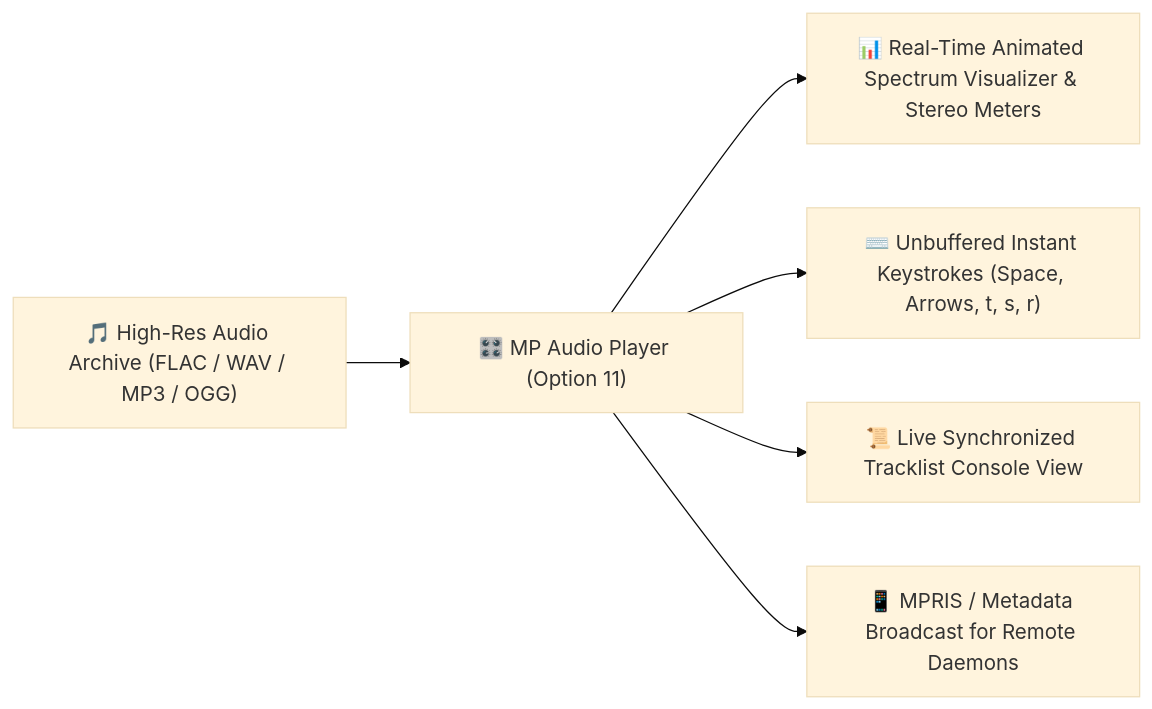
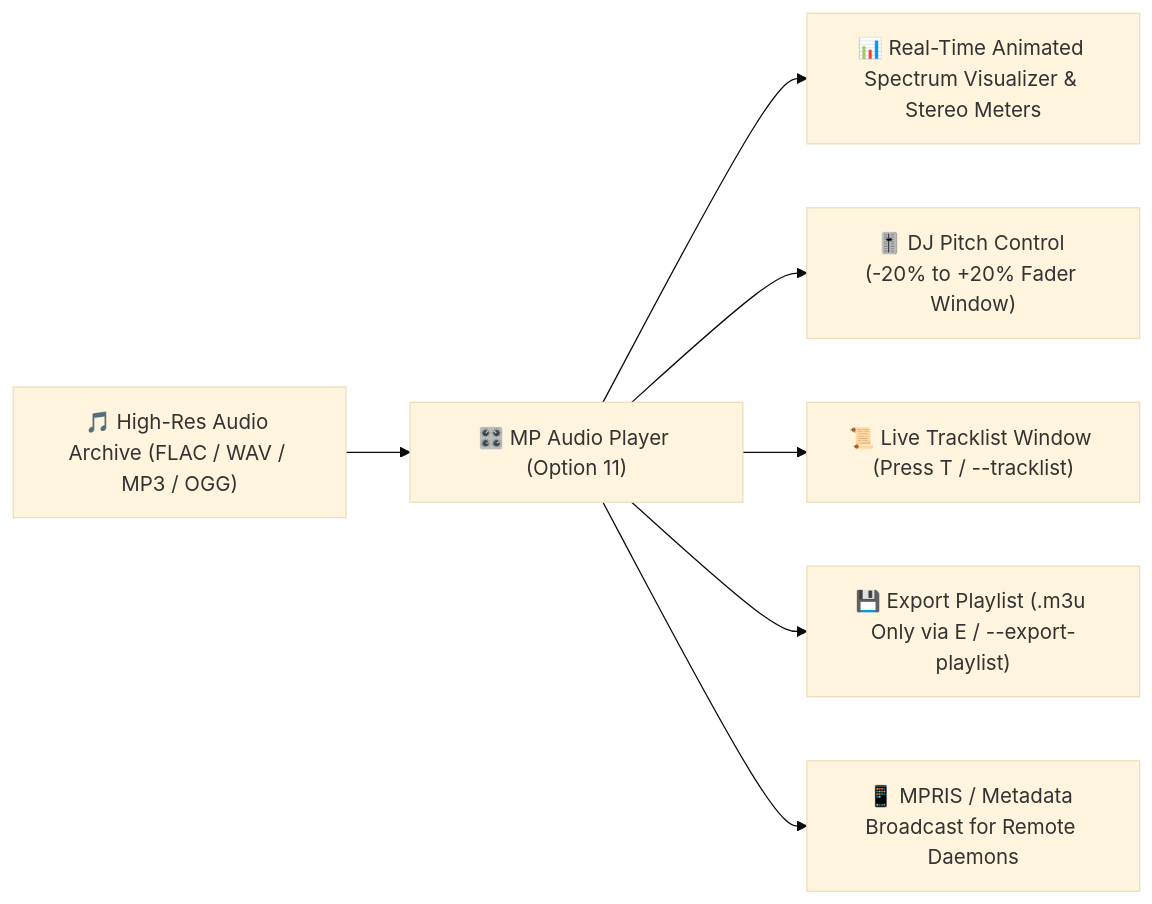
Before and after one commit to MPlanetarian/MP_Mix_Manager_v0.3: the second of 11 diagrams in README.md, drawn with Mermaid (base theme). The commit also changed other lines of this file and 2 other files, not shown here.

First line of the commit message:
feat(player): DREAMWORLDS ULTRA AUDIO MODE layout, tracklist viewer, and m3u playlist export

````diff
--- a/README.md
+++ b/README.md
@@ -98,8 +98,9 @@
 ```mermaid
 flowchart LR
     A["🎵 High-Res Audio Archive (FLAC / WAV / MP3 / OGG)"] --> B["🎛️ MP Audio Player (Option 11)"]
     B --> C["📊 Real-Time Animated Spectrum Visualizer & Stereo Meters"]
-    B --> D["⌨️ Unbuffered Instant Keystrokes (Space, Arrows, t, s, r)"]
-    B --> E["📜 Live Synchronized Tracklist Console View"]
-    B --> F["📱 MPRIS / Metadata Broadcast for Remote Daemons"]
+    B --> D["🎚️ DJ Pitch Control (-20% to +20% Fader Window)"]
+    B --> E["📜 Live Tracklist Window (Press T / --tracklist)"]
+    B --> F["💾 Export Playlist (.m3u Only via E / --export-playlist)"]
+    B --> G["📱 MPRIS / Metadata Broadcast for Remote Daemons"]
 ```
````
